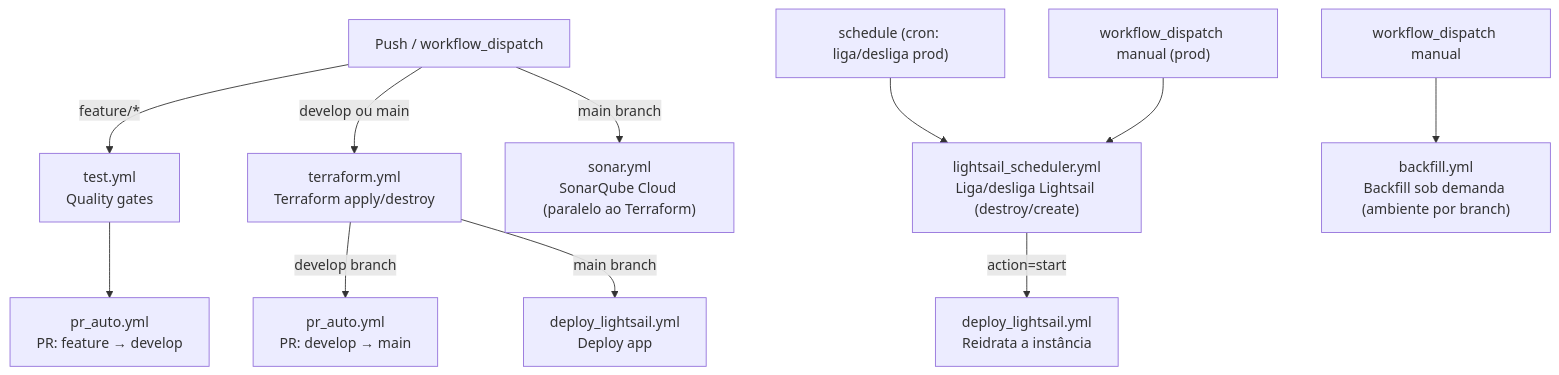
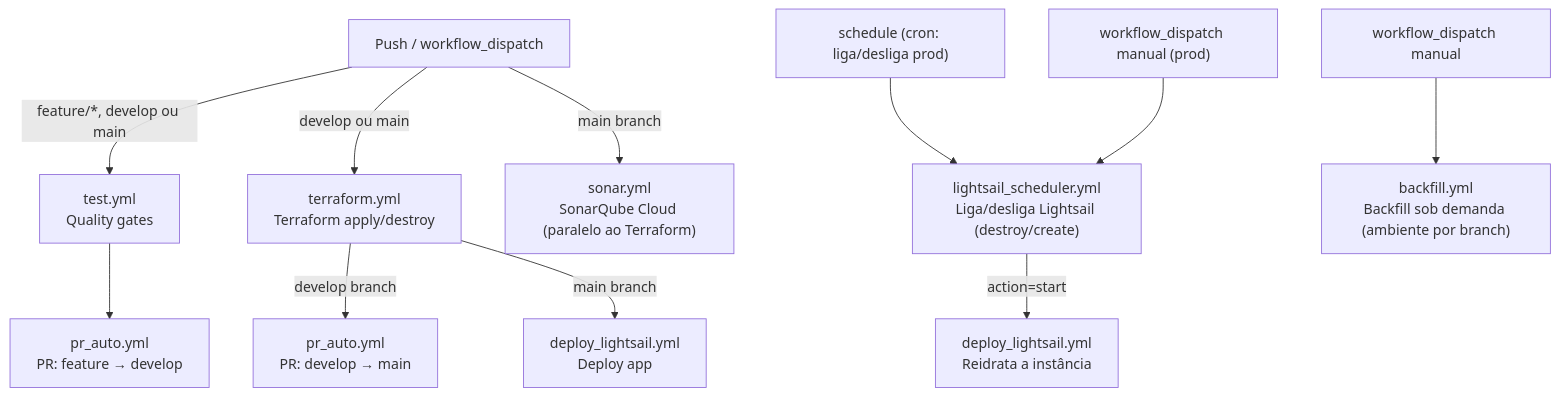
Before and after one commit to lucas-soares-galvao/movie-data-pipeline-aws: the diagram in .github/workflow.md, drawn with Mermaid. The commit also changed other lines of this file and 14 other files, not shown here.

````diff
--- a/.github/workflow.md
+++ b/.github/workflow.md
@@ -22,18 +22,18 @@
 ```mermaid
 flowchart TD
     PUSH["Push / workflow_dispatch"]
 
-    PUSH -->|feature/*| TEST["test.yml\nQuality gates"]
+    PUSH -->|feature/*, develop ou main| TEST["test.yml\nQuality gates"]
     PUSH -->|develop ou main| TF["terraform.yml\nTerraform apply/destroy"]
     PUSH -->|main branch| SONAR["sonar.yml\nSonarQube Cloud (paralelo ao Terraform)"]
 
     TEST --> PR_FEAT["pr_auto.yml\nPR: feature → develop"]
     TF -->|develop branch| PR_ENV["pr_auto.yml\nPR: develop → main"]
     TF -->|main branch| DEPLOY["deploy_lightsail.yml\nDeploy app"]
 
     CRON["schedule (cron: liga/desliga prod)"] --> SCHED["lightsail_scheduler.yml\nLiga/desliga Lightsail (destroy/create)"]
     MANUAL2["workflow_dispatch manual (prod)"] --> SCHED
     SCHED -->|action=start| DEPLOY2["deploy_lightsail.yml\nReidrata a instância"]
 
     MANUAL["workflow_dispatch manual"] --> BACKFILL["backfill.yml\nBackfill sob demanda (ambiente por branch)"]
 ```
````
